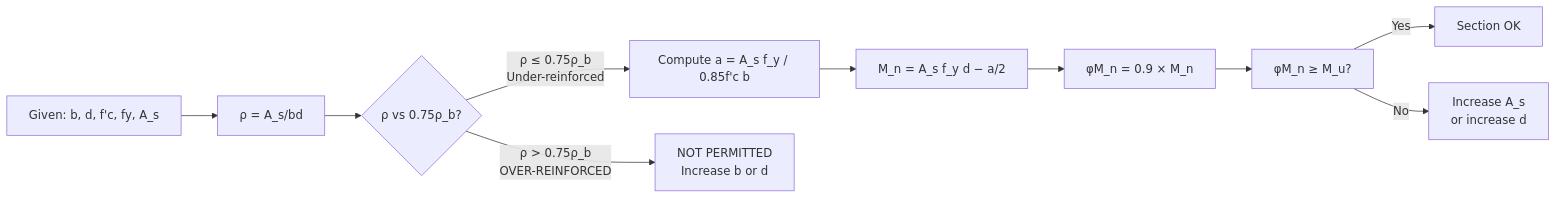
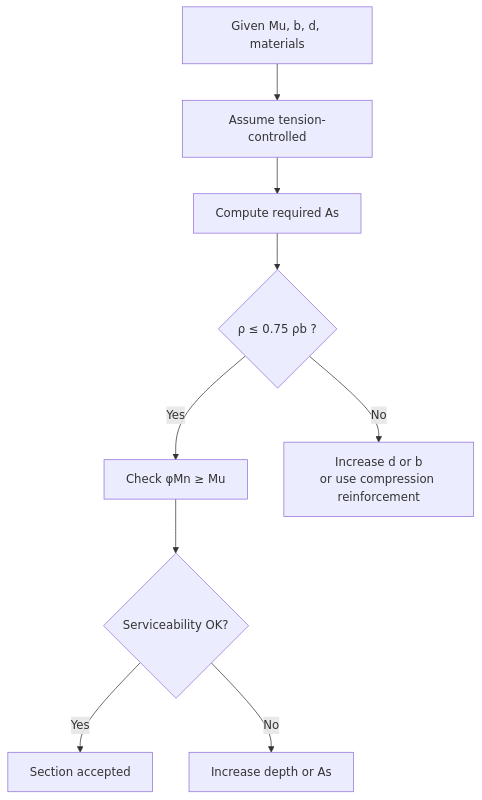
One commit to yip-lgtm/civil-bootcamp changed the third of 5 diagrams in MIT_CEE_Core/Track_2_Mechanics_Materials/Structural_Design/03_1.036_Structural_Mechanics_and_Design.md. Above: the diagram before and after it, drawn with Mermaid. The commit also changed other lines of this file, not shown here.

````diff
--- a/MIT_CEE_Core/Track_2_Mechanics_Materials/Structural_Design/03_1.036_Structural_Mechanics_and_Design.md
+++ b/MIT_CEE_Core/Track_2_Mechanics_Materials/Structural_Design/03_1.036_Structural_Mechanics_and_Design.md
@@ -426,12 +148,11 @@
 ```mermaid
-flowchart LR
-    A[Given: b, d, f'c, fy, A_s] --> B[ρ = A_s/bd]
-    B --> C{ρ vs 0.75ρ_b?}
-    C -->|ρ ≤ 0.75ρ_b<br/>Under-reinforced| D[Compute a = A_s f_y / 0.85f'c b]
-    C -->|ρ > 0.75ρ_b<br/>OVER-REINFORCED| E[NOT PERMITTED<br/>Increase b or d]
-    D --> F[M_n = A_s f_y d − a/2]
-    F --> G[φM_n = 0.9 × M_n]
-    G --> H[φM_n ≥ M_u?]
-    H -->|Yes| I[Section OK]
-    H -->|No| J[Increase A_s<br/>or increase d]
+flowchart TD
+    A[Given Mu, b, d, materials] --> B[Assume tension-controlled]
+    B --> C[Compute required As]
+    C --> D{ρ ≤ 0.75 ρb ?}
+    D -->|Yes| E[Check φMn ≥ Mu]
+    D -->|No| F[Increase d or b<br/>or use compression reinforcement]
+    E --> G{Serviceability OK?}
+    G -->|Yes| H[Section accepted]
+    G -->|No| I[Increase depth or As]
 ```
````
